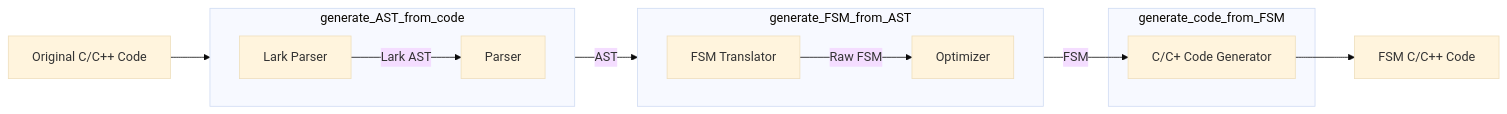
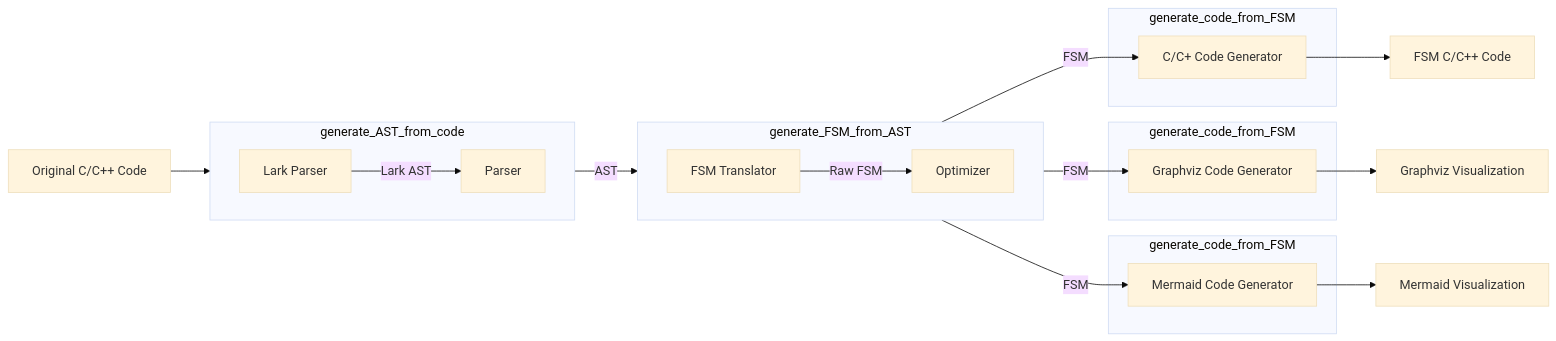
Before and after one commit to Nightingale-LZH/FSM-Compiler-2: the first of 10 diagrams in readme.md, drawn with Mermaid (base theme). The commit also changed other lines of this file and 2 other files, not shown here.

````diff
--- a/readme.md
+++ b/readme.md
@@ -57,29 +57,43 @@
 ```mermaid
 flowchart LR
     original_code[Original C/C++ Code]
 
     subgraph parser[generate_AST_from_code]
         direction LR
         lark_parser[Lark Parser]
         fsm_parser[Parser]
     end
 
     subgraph assember[generate_FSM_from_AST]
         direction LR
         translator[FSM Translator]
         optimizer[Optimizer]
     end
 
-    subgraph code_gen[generate_code_from_FSM]
+    subgraph code_gen1[generate_code_from_FSM]
         c_code_gen[C/C+ Code Generator]
     end
 
+    subgraph code_gen2[generate_code_from_FSM]
+        graphviz_gen[Graphviz Code Generator]
+    end
+
+    subgraph code_gen3[generate_code_from_FSM]
+        mermaid_gen[Mermaid Code Generator]
+    end
+
     fsm_code[FSM C/C++ Code]
+    graphviz_code[Graphviz Visualization]
+    mermaid_code[Mermaid Visualization]
 
     original_code --> lark_parser
     lark_parser --> |Lark AST| fsm_parser
     fsm_parser -->|AST| translator
     translator -->|Raw FSM| optimizer
     optimizer -->|FSM| c_code_gen
-    c_code_gen --> fsm_code
+    optimizer -->|FSM| graphviz_gen
+    optimizer -->|FSM| mermaid_gen
+    c_code_gen --> fsm_code 
+    graphviz_gen --> graphviz_code 
+    mermaid_gen --> mermaid_code 
 ```
````
